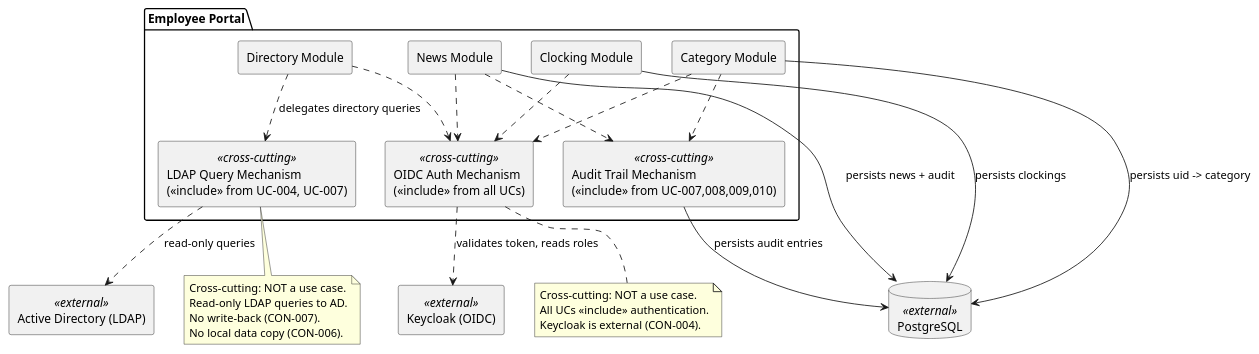
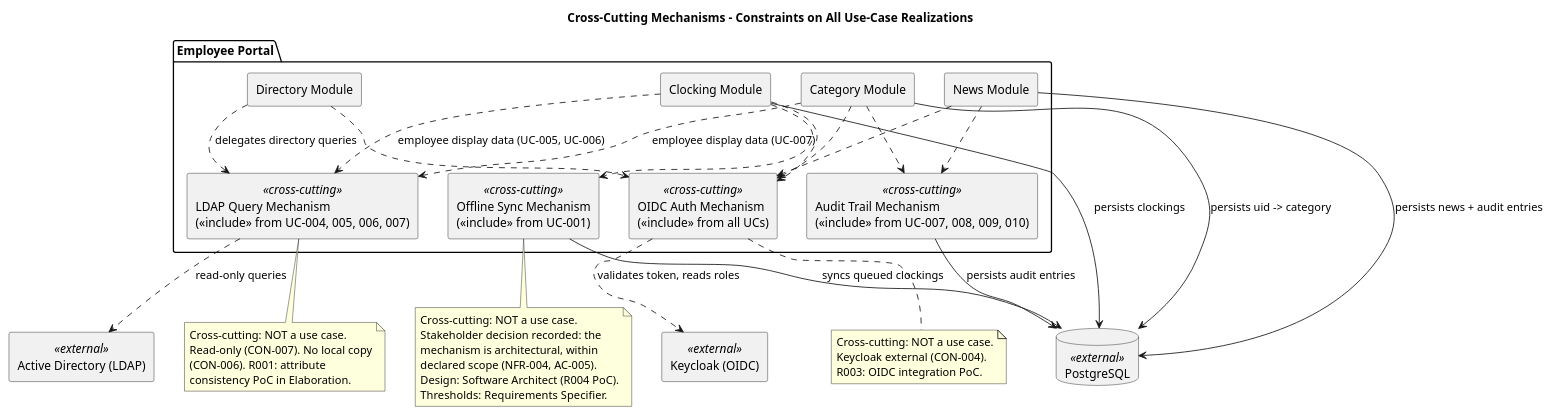
Before and after one commit to banense-test/employee-portal: the diagram in docs/artifacts/requirements/supplementary-specification.md, drawn with PlantUML. The commit also changed other lines of this file, not shown here.

````diff
--- a/docs/artifacts/requirements/supplementary-specification.md
+++ b/docs/artifacts/requirements/supplementary-specification.md
@@ -119,50 +132,64 @@
 ```plantuml
 @startuml
 skinparam componentStyle rectangle
 skinparam fontSize 11
+title Cross-Cutting Mechanisms - Constraints on All Use-Case Realizations
 
 package "Employee Portal" {
   component "Clocking Module" as CLK
   component "News Module" as NEWS
   component "Directory Module" as DIR
   component "Category Module" as CAT
 
   component "OIDC Auth Mechanism\n(<<include>> from all UCs)" as AUTH <<cross-cutting>>
-  component "Audit Trail Mechanism\n(<<include>> from UC-007,008,009,010)" as AUDIT <<cross-cutting>>
-  component "LDAP Query Mechanism\n(<<include>> from UC-004, UC-007)" as LDAP <<cross-cutting>>
+  component "Audit Trail Mechanism\n(<<include>> from UC-007, 008, 009, 010)" as AUDIT <<cross-cutting>>
+  component "LDAP Query Mechanism\n(<<include>> from UC-004, 005, 006, 007)" as LDAP <<cross-cutting>>
+  component "Offline Sync Mechanism\n(<<include>> from UC-001)" as SYNC <<cross-cutting>>
 }
 
 component "Keycloak (OIDC)" as KC <<external>>
 component "Active Directory (LDAP)" as AD <<external>>
 database "PostgreSQL" as PG <<external>>
 
 AUTH ..> KC : validates token, reads roles
 LDAP ..> AD : read-only queries
 CLK --> PG : persists clockings
-NEWS --> PG : persists news + audit
+NEWS --> PG : persists news + audit entries
 CAT --> PG : persists uid -> category
 AUDIT --> PG : persists audit entries
+SYNC --> PG : syncs queued clockings
 DIR ..> LDAP : delegates directory queries
+CLK ..> LDAP : employee display data (UC-005, UC-006)
+CAT ..> LDAP : employee display data (UC-007)
 
 CLK ..> AUTH
 NEWS ..> AUTH
 DIR ..> AUTH
 CAT ..> AUTH
+CLK ..> SYNC
 NEWS ..> AUDIT
 CAT ..> AUDIT
 
-note bottom of AUTH
+note bottom of SYNC
   Cross-cutting: NOT a use case.
-  All UCs <<include>> authentication.
-  Keycloak is external (CON-004).
+  Stakeholder decision recorded: the
+  mechanism is architectural, within
+  declared scope (NFR-004, AC-005).
+  Design: Software Architect (R004 PoC).
+  Thresholds: Requirements Specifier.
 end note
 
 note bottom of LDAP
   Cross-cutting: NOT a use case.
-  Read-only LDAP queries to AD.
-  No write-back (CON-007).
-  No local data copy (CON-006).
+  Read-only (CON-007). No local copy
+  (CON-006). R001: attribute
+  consistency PoC in Elaboration.
 end note
 
+note bottom of AUTH
+  Cross-cutting: NOT a use case.
+  Keycloak external (CON-004).
+  R003: OIDC integration PoC.
+end note
 @enduml
 ```
````
